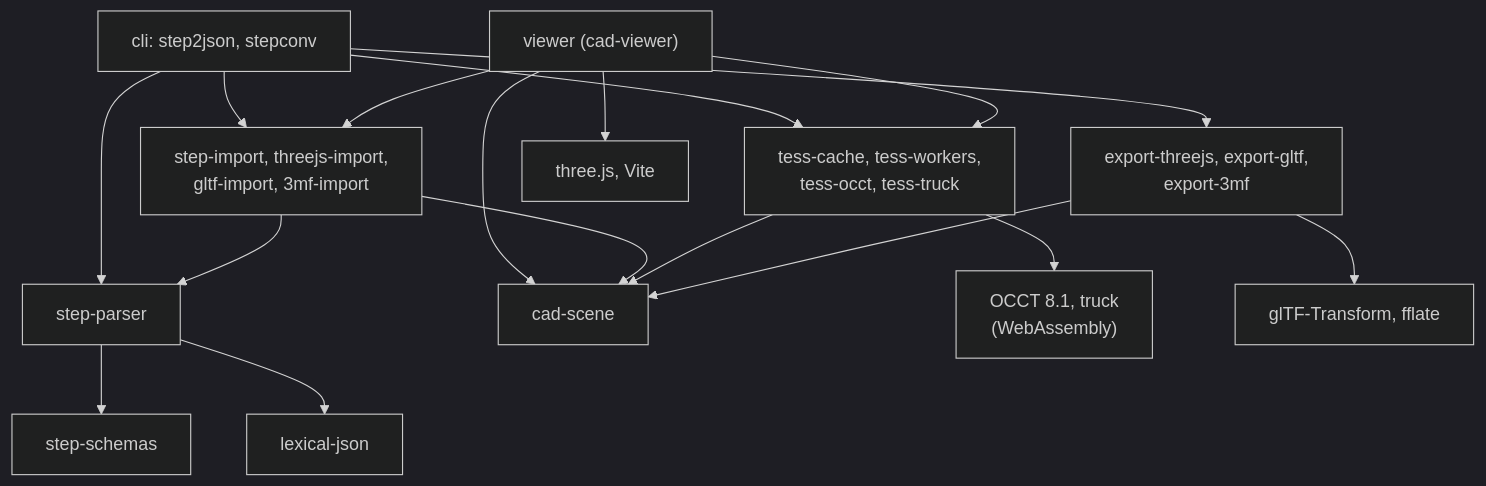
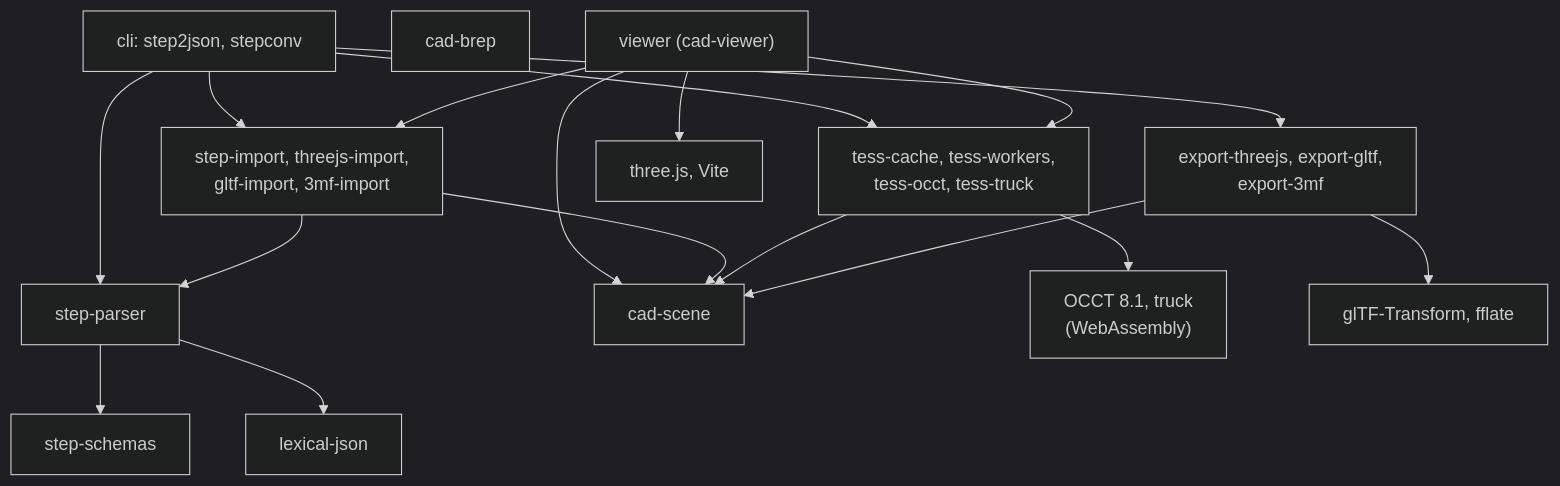
Before and after one commit to martyvona/cad-io-js: the first of 6 diagrams in README.md, drawn with Mermaid (dark theme). The commit also changed other lines of this file and 18 other files, not shown here.

````diff
--- a/README.md
+++ b/README.md
@@ -421,22 +421,23 @@
 ```mermaid
 flowchart TD
   cli["cli: step2json, stepconv"]
   imp["step-import, threejs-import,<br/>gltf-import, 3mf-import"]
   parser["step-parser"]
   schemas["step-schemas"]
   ljson["lexical-json"]
   tess["tess-cache, tess-workers,<br/>tess-occt, tess-truck"]
   exp["export-threejs, export-gltf,<br/>export-3mf"]
   scene["cad-scene"]
+  brep["cad-brep"]
   viewer["viewer (cad-viewer)"]
   cli --> imp & tess & exp
   viewer --> imp & tess & scene
   viewer --> three["three.js, Vite"]
   cli --> parser
   imp --> parser & scene
   parser --> schemas & ljson
   tess --> scene
   exp --> scene
   tess --> wasm["OCCT 8.1, truck<br/>(WebAssembly)"]
   exp --> libs["glTF-Transform, fflate"]
 ```
````
